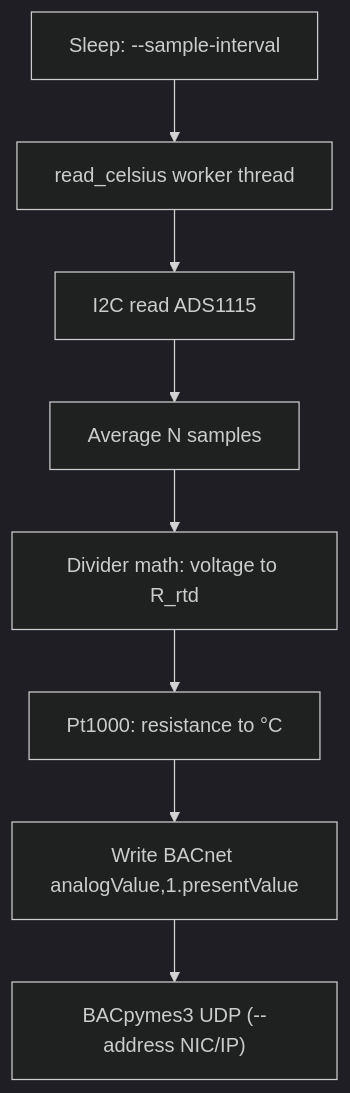
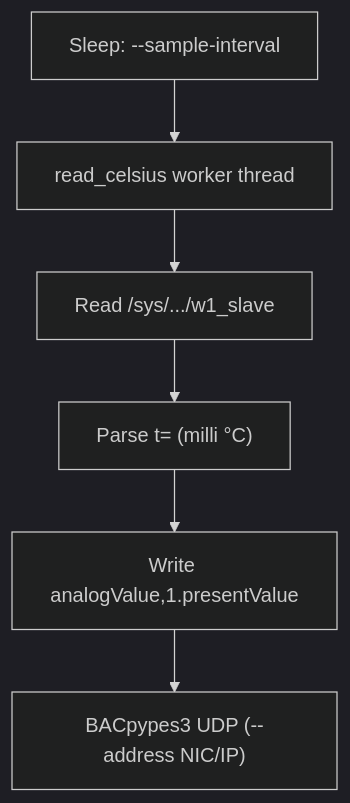
One commit to bbartling/py-bacnet-stacks-playground changed the diagram in vibe_code_apps_12/README.md. Above: the diagram before and after it, drawn with Mermaid (dark theme). The commit also changed other lines of this file and 8 other files, not shown here.

````diff
--- a/vibe_code_apps_12/README.md
+++ b/vibe_code_apps_12/README.md
@@ -86,10 +79,8 @@
 ```mermaid
 flowchart TB
     S["Sleep: --sample-interval"] --> R["read_celsius worker thread"]
-    R --> I2[I2C read ADS1115]
-    I2 --> Avg[Average N samples]
-    Avg --> VR["Divider math: voltage to R_rtd"]
-    VR --> PT["Pt1000: resistance to °C"]
-    PT --> PV["Write BACnet analogValue,1.presentValue"]
-    PV --> BV["BACpymes3 UDP (--address NIC/IP)"]
+    R --> W1["Read /sys/.../w1_slave"]
+    W1 --> P["Parse t= (milli °C)"]
+    P --> PV["Write analogValue,1.presentValue"]
+    PV --> BV["BACpypes3 UDP (--address NIC/IP)"]
 ```
````
